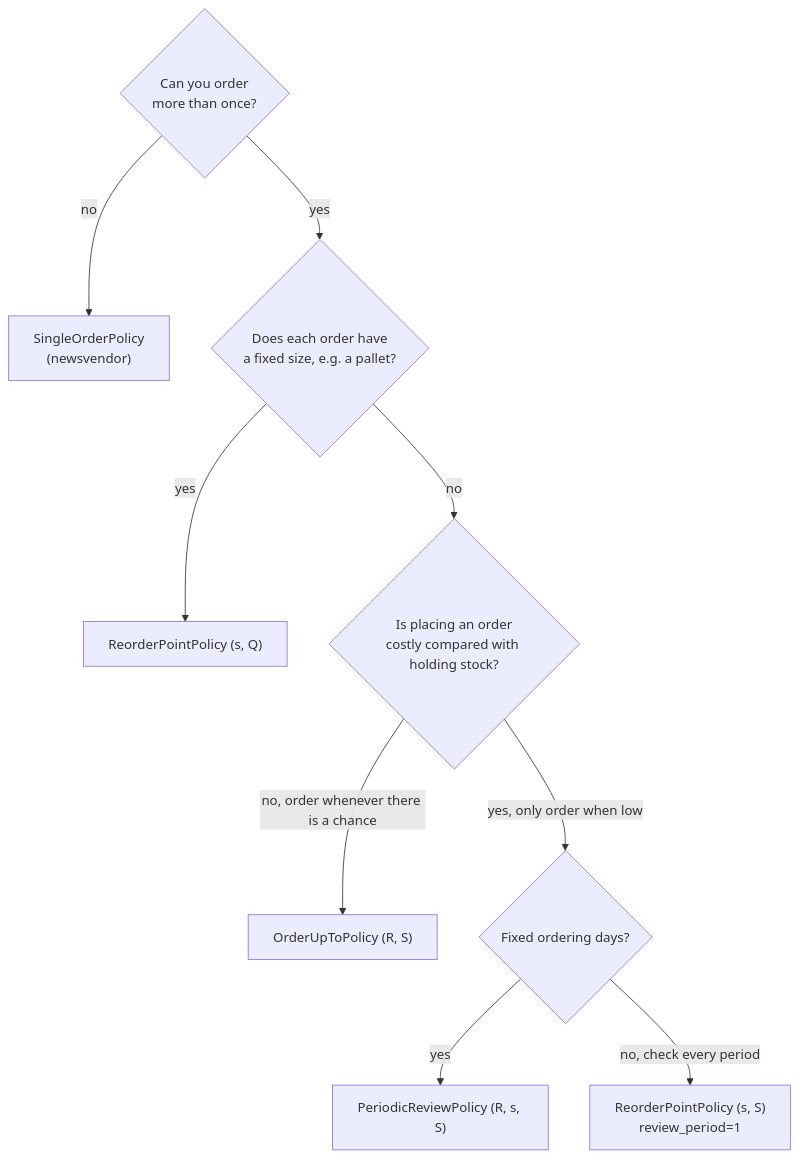
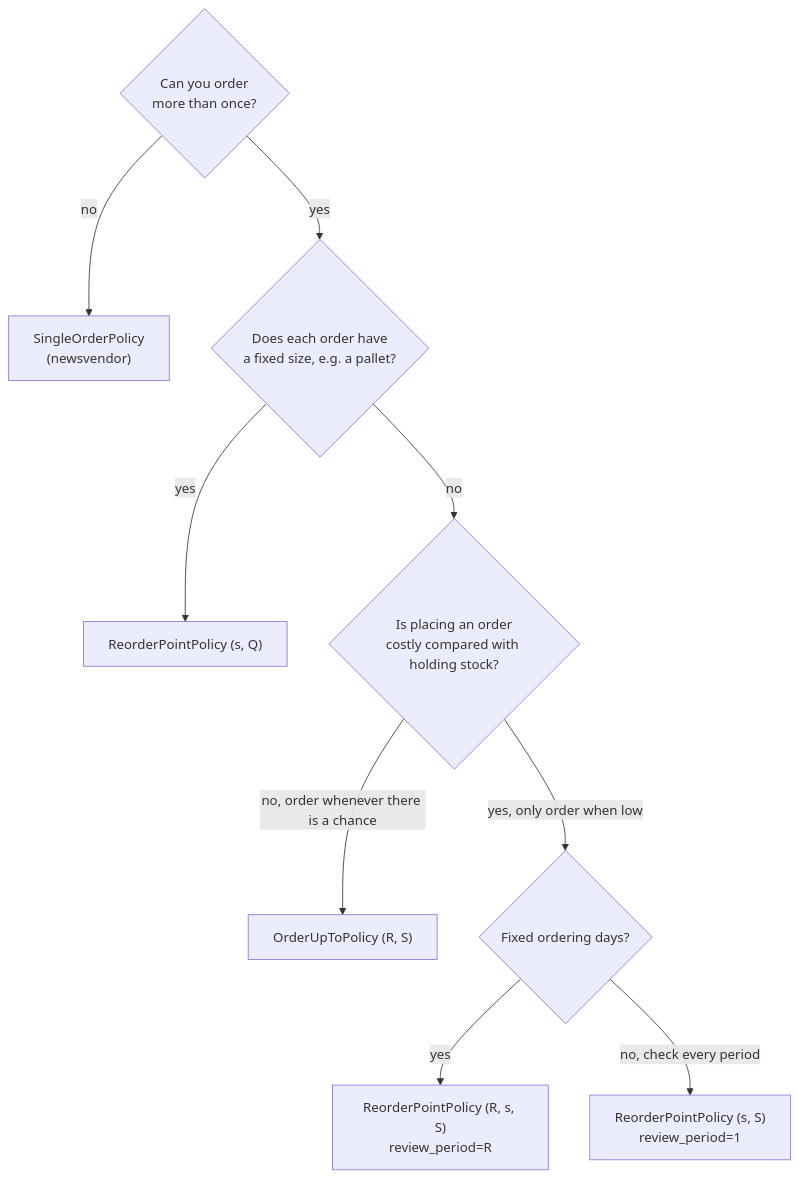
Before and after one commit to FilTheo/stockcast: the diagram in docs/user-guide/policies/index.md, drawn with Mermaid. The commit also changed other lines of this file and 28 other files, not shown here.

````diff
--- a/docs/user-guide/policies/index.md
+++ b/docs/user-guide/policies/index.md
@@ -20,11 +20,11 @@
 ```mermaid
 flowchart TD
     A{"Can you order<br/>more than once?"} -- no --> N["SingleOrderPolicy<br/>(newsvendor)"]
     A -- yes --> B{"Does each order have<br/>a fixed size, e.g. a pallet?"}
     B -- yes --> SQ["ReorderPointPolicy (s, Q)"]
     B -- no --> C{"Is placing an order<br/>costly compared with holding stock?"}
     C -- "no, order whenever there is a chance" --> RS["OrderUpToPolicy (R, S)"]
     C -- "yes, only order when low" --> D{"Fixed ordering days?"}
-    D -- yes --> RSS["PeriodicReviewPolicy (R, s, S)"]
+    D -- yes --> RSS["ReorderPointPolicy (R, s, S)<br/>review_period=R"]
     D -- "no, check every period" --> SS["ReorderPointPolicy (s, S)<br/>review_period=1"]
 ```
````
